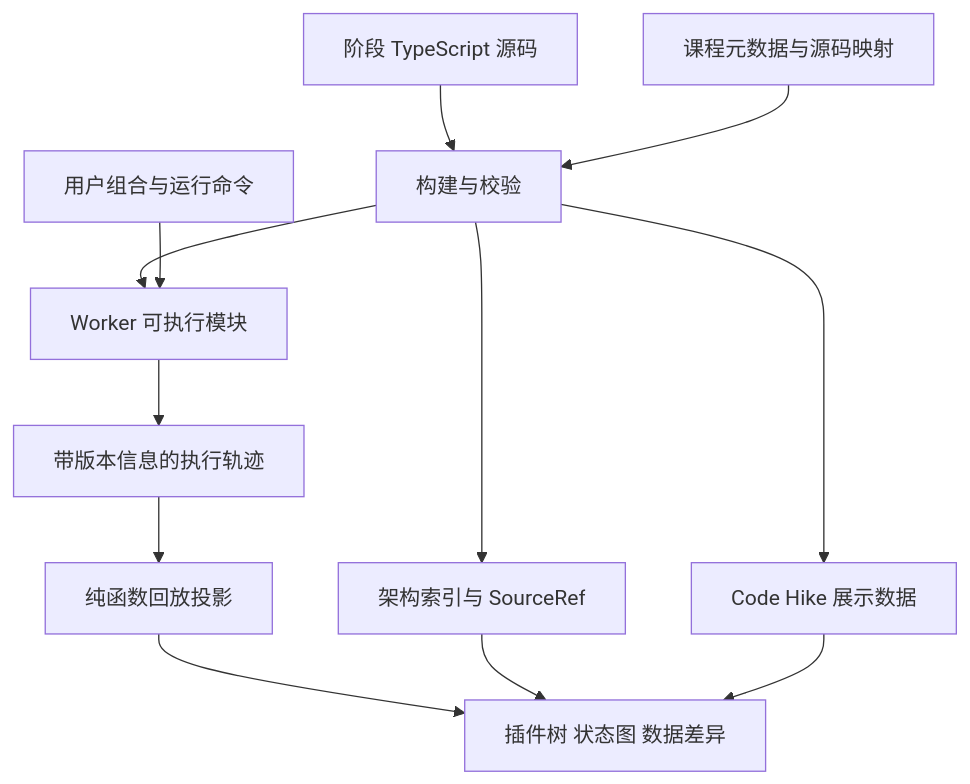
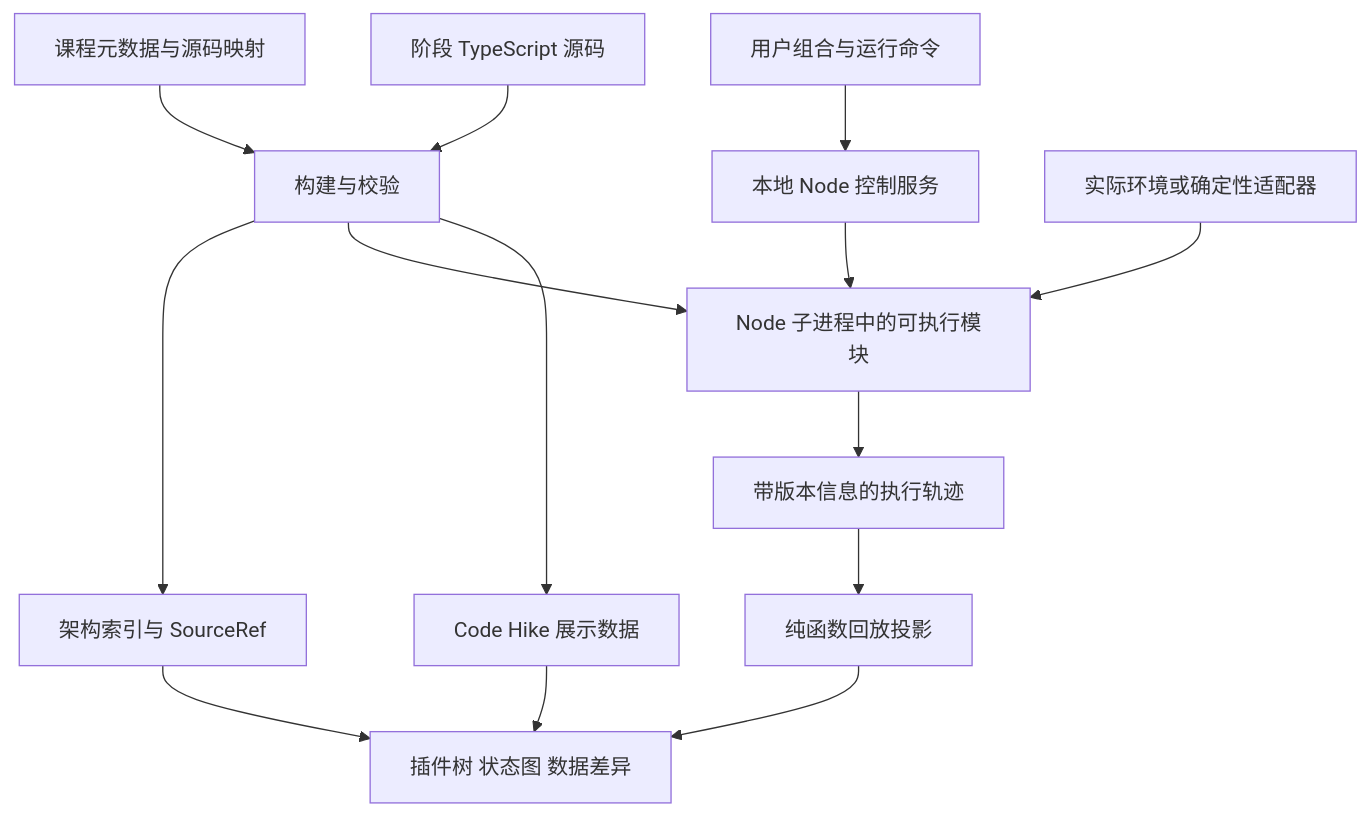
One commit to Maidang1/dsh changed the first of 2 diagrams in docs/02-technical-architecture.md. Above: the diagram before and after it, drawn with Mermaid. The commit also changed other lines of this file and 7 other files, not shown here.

Commit message:
docs: move execution to Node while preserving visualization flow

````diff
--- a/docs/02-technical-architecture.md
+++ b/docs/02-technical-architecture.md
@@ -13,14 +13,16 @@
 ```mermaid
 flowchart TD
     S[阶段 TypeScript 源码] --> B[构建与校验]
     M[课程元数据与源码映射] --> B
     B --> C[Code Hike 展示数据]
-    B --> W[Worker 可执行模块]
+    B --> W[Node 子进程中的可执行模块]
     B --> A[架构索引与 SourceRef]
-    U[用户组合与运行命令] --> W
+    U[用户组合与运行命令] --> N[本地 Node 控制服务]
+    N --> W
+    E[实际环境或确定性适配器] --> W
     W --> T[带版本信息的执行轨迹]
     T --> P[纯函数回放投影]
     P --> V[插件树 状态图 数据差异]
     A --> V
     C --> V
 ```
````
